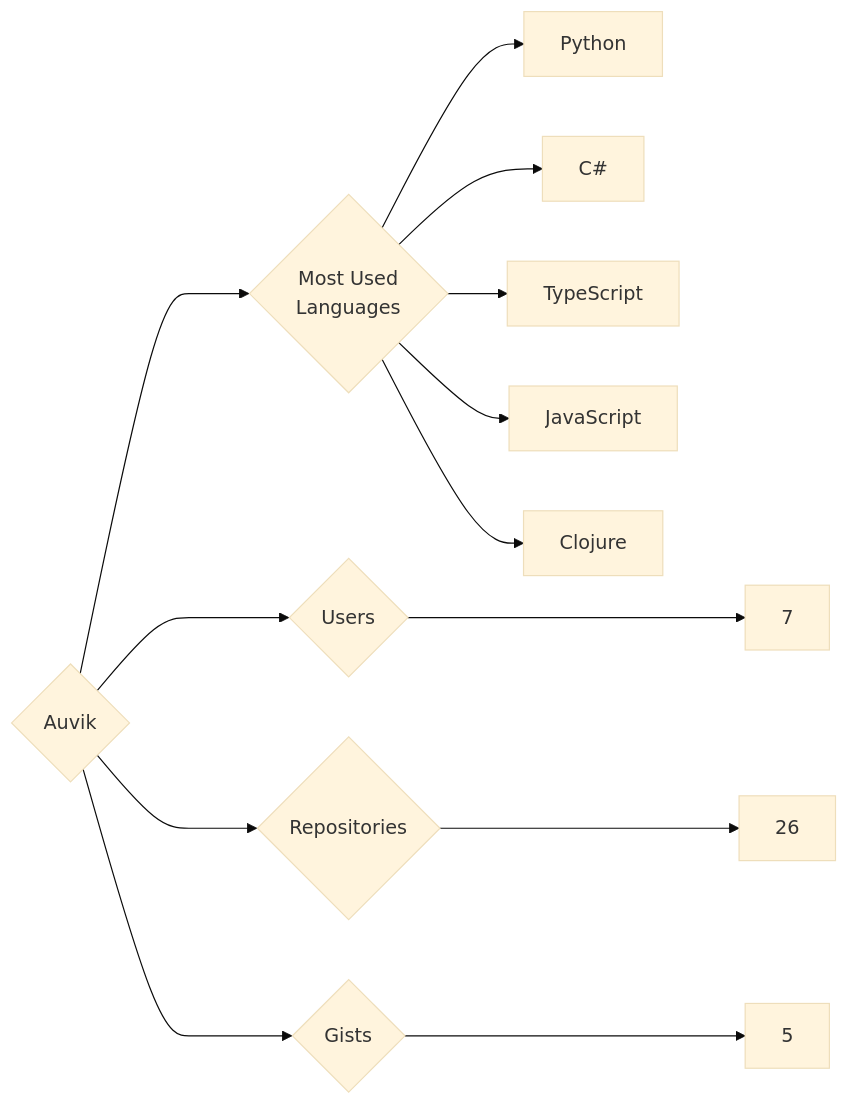
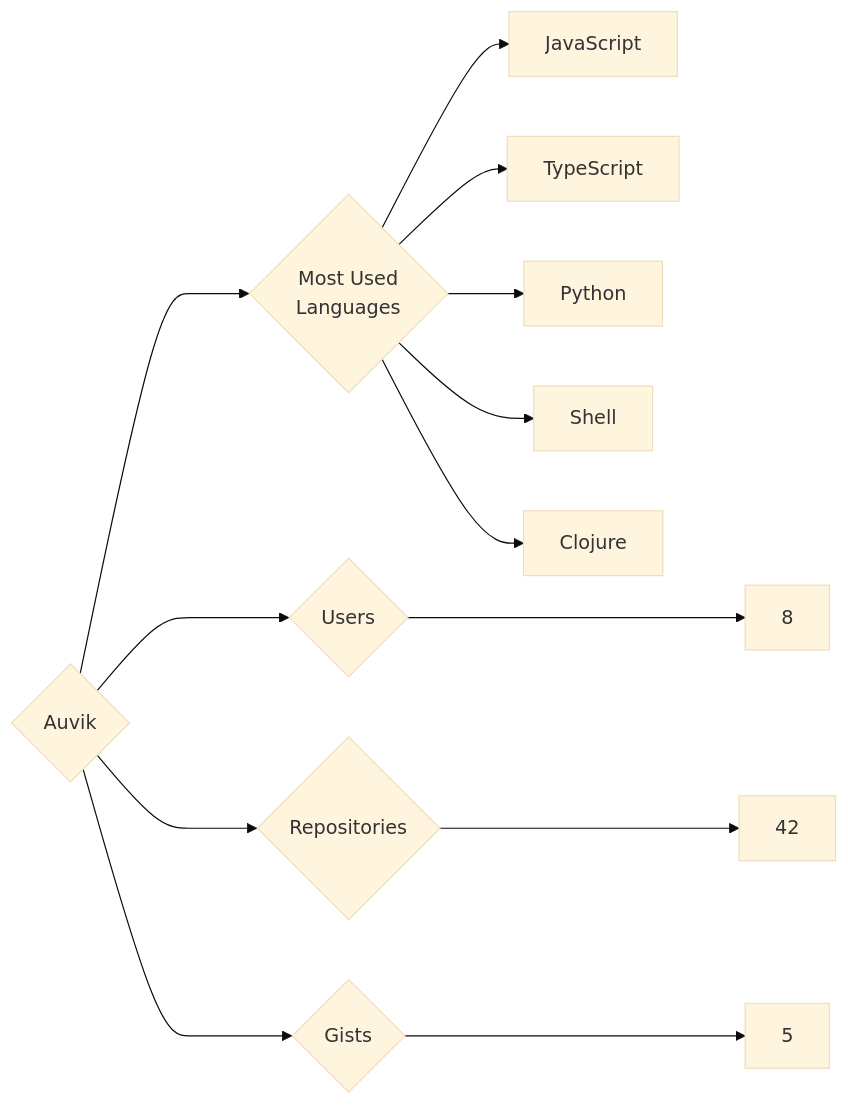
The diagram in targets/Auvik/README.md (trickest/insiders), drawn with Mermaid (base theme) before and after one commit. The commit also changed 1055 other files, not shown here.

````diff
--- a/targets/Auvik/README.md
+++ b/targets/Auvik/README.md
@@ -3,13 +3,13 @@
 ```mermaid
 graph LR
 COMPANY_NAME{Auvik}
-COMPANY_NAME ---> U{Users} ---> UN[7]
-COMPANY_NAME ---> R{Repositories} ---> RN[26]
+COMPANY_NAME ---> U{Users} ---> UN[8]
+COMPANY_NAME ---> R{Repositories} ---> RN[42]
 COMPANY_NAME ---> G{Gists} ---> GN[5]
 COMPANY_NAME ---> ML{Most Used<br>Languages}
+ML --> JavaScript[JavaScript]
+ML --> TypeScript[TypeScript]
 ML --> Python[Python]
-ML --> C#[C#]
-ML --> TypeScript[TypeScript]
-ML --> JavaScript[JavaScript]
+ML --> Shell[Shell]
 ML --> Clojure[Clojure]
 ```
````
